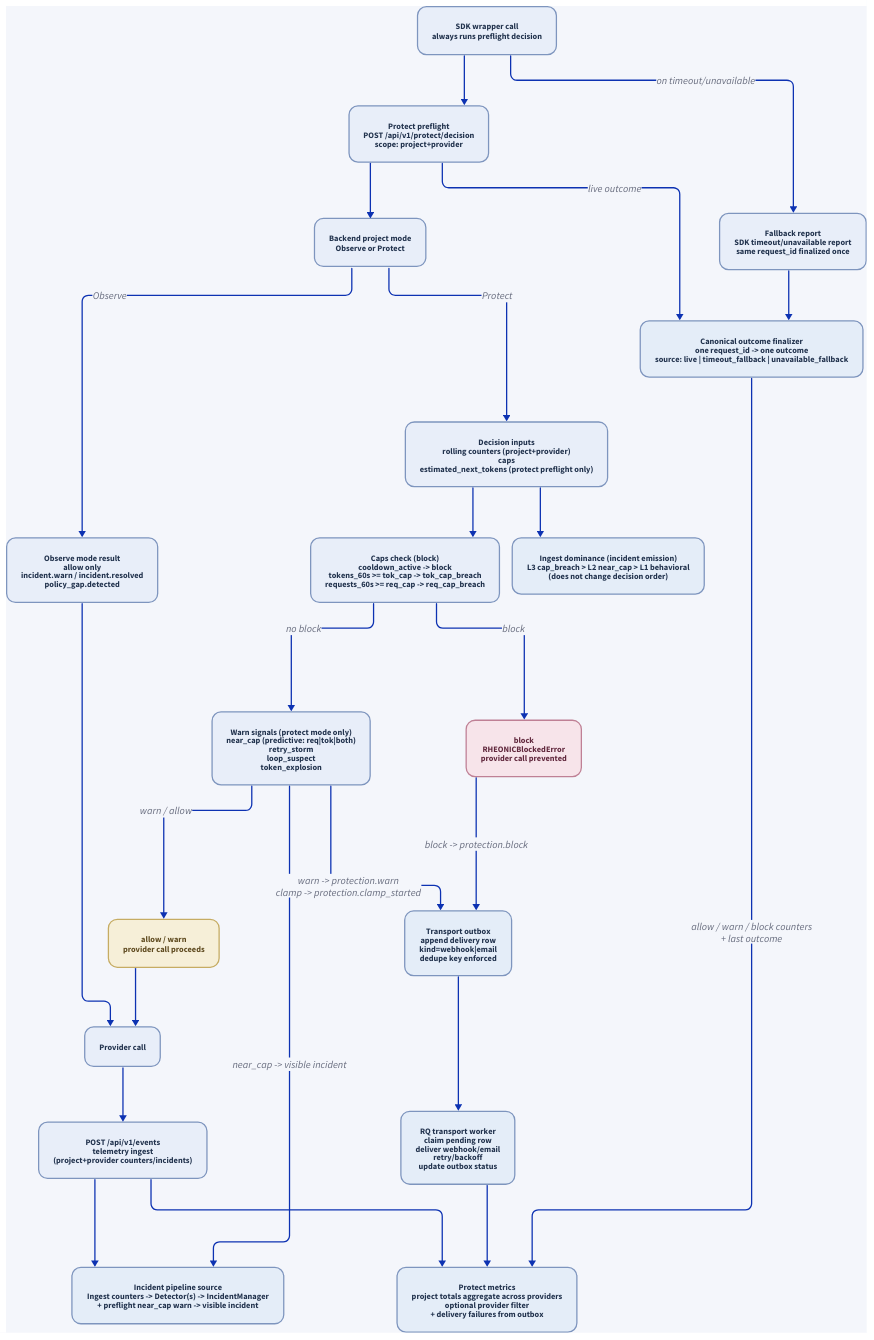
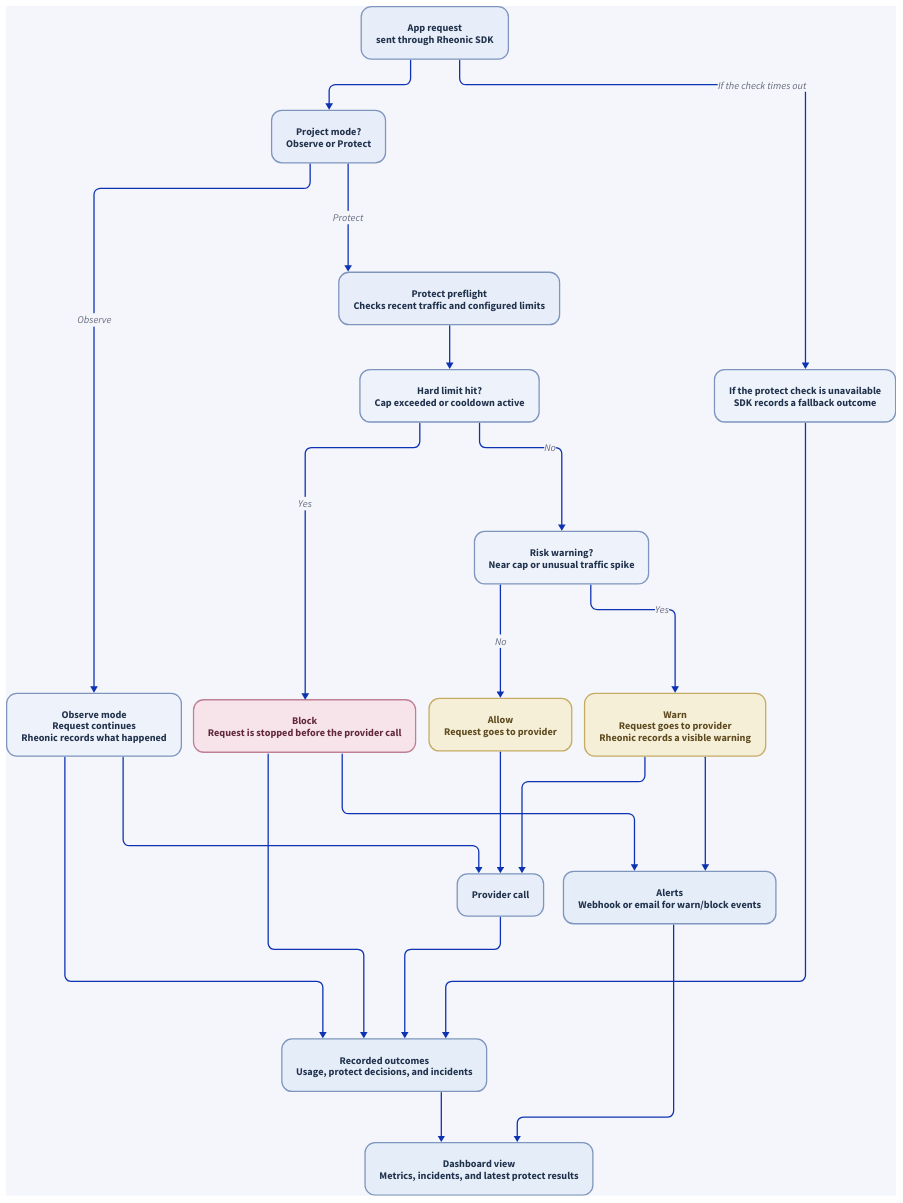
Before and after one commit to MichaelTelvin/Rheonic: the diagram in docs/architecture/protect_decision_flow.d2, drawn with D2. The commit also changed 6 other files, not shown here.

Commit message:
public docs and charts fixes

```diff
--- a/docs/architecture/protect_decision_flow.d2
+++ b/docs/architecture/protect_decision_flow.d2
@@ -2,7 +2,7 @@
 
 vars: {
   d2-config: {
-    pad: 20
+    pad: 28
     sketch: false
     layout-engine: elk
   }
@@ -12,113 +12,93 @@
   fill: "#f4f6fb"
 }
 
-sdk_call: "SDK wrapper call\nalways runs preflight decision" {
+app_call: "App request\nsent through Rheonic SDK" {
   style: {
     fill: "#e8eef9"
     stroke: "#7e95be"
     font-color: "#21324d"
-    border-radius: 14
-    font-size: 13
+    border-radius: 16
+    font-size: 16
   }
 }
 
-mode_gate: "Backend project mode\nObserve or Protect" {
+mode_gate: "Project mode?\nObserve or Protect" {
   style: {
     fill: "#e8eef9"
     stroke: "#7e95be"
     font-color: "#21324d"
-    border-radius: 14
-    font-size: 13
+    border-radius: 16
+    font-size: 16
   }
 }
 
-preflight: "Protect preflight\nPOST /api/v1/protect/decision\nscope: project+provider" {
+observe: "Observe mode\nRequest continues\nRheonic records what happened" {
+  style: {
+    fill: "#eef3fb"
+    stroke: "#7e95be"
+    font-color: "#21324d"
+    border-radius: 16
+    font-size: 16
+  }
+}
+
+preflight: "Protect preflight\nChecks recent traffic and configured limits" {
   style: {
     fill: "#e8eef9"
     stroke: "#7e95be"
     font-color: "#21324d"
-    border-radius: 14
-    font-size: 13
+    border-radius: 16
+    font-size: 16
   }
 }
 
-inputs: "Decision inputs\nrolling counters (project+provider)\ncaps\nestimated_next_tokens (protect preflight only)" {
+hard_limit: "Hard limit hit?\nCap exceeded or cooldown active" {
   style: {
-    fill: "#e8eef9"
+    fill: "#eef3fb"
     stroke: "#7e95be"
     font-color: "#21324d"
-    border-radius: 14
-    font-size: 13
+    border-radius: 16
+    font-size: 16
   }
 }
 
-caps: "Caps check (block)\ncooldown_active -> block\ntokens_60s >= tok_cap -> tok_cap_breach\nrequests_60s >= req_cap -> req_cap_breach" {
+risk_check: "Risk warning?\nNear cap or unusual traffic spike" {
   style: {
-    fill: "#e8eef9"
+    fill: "#eef3fb"
     stroke: "#7e95be"
     font-color: "#21324d"
-    border-radius: 14
-    font-size: 13
+    border-radius: 16
+    font-size: 16
   }
 }
 
-warn_signals: "Warn signals (protect mode only)\nnear_cap (predictive: req|tok|both)\nretry_storm\nloop_suspect\ntoken_explosion" {
-  style: {
-    fill: "#e8eef9"
-    stroke: "#7e95be"
-    font-color: "#21324d"
-    border-radius: 14
-    font-size: 13
-  }
-}
-
-ingest_note: "Ingest dominance (incident emission)\nL3 cap_breach > L2 near_cap > L1 behavioral\n(does not change decision order)" {
-  style: {
-    fill: "#e4edf8"
-    stroke: "#7e95be"
-    font-color: "#21324d"
-    border-radius: 14
-    font-size: 13
-  }
-}
-
-allow_warn: "allow / warn\nprovider call proceeds" {
+allow: "Allow\nRequest goes to provider" {
   style: {
     fill: "#f6efd8"
     stroke: "#c6ac63"
     font-color: "#5e4a1f"
-    border-radius: 14
-    font-size: 13
+    border-radius: 16
+    font-size: 16
   }
 }
 
-block: "block\nRHEONICBlockedError\nprovider call prevented" {
+warn: "Warn\nRequest goes to provider\nRheonic records a visible warning" {
+  style: {
+    fill: "#f6efd8"
+    stroke: "#c6ac63"
+    font-color: "#5e4a1f"
+    border-radius: 16
+    font-size: 16
+  }
+}
+
+block: "Block\nRequest is stopped before the provider call" {
   style: {
     fill: "#f7e4ea"
     stroke: "#bf8095"
     font-color: "#61283d"
-    border-radius: 14
-    font-size: 13
-  }
-}
-
-transport_outbox: "Transport outbox\nappend delivery row\nkind=webhook|email\ndedupe key enforced" {
-  style: {
-    fill: "#e4edf8"
-    stroke: "#7e95be"
-    font-color: "#21324d"
-    border-radius: 14
-    font-size: 13
-  }
-}
-
-transport_worker: "RQ transport worker\nclaim pending row\ndeliver webhook/email\nretry/backoff\nupdate outbox status" {
-  style: {
-    fill: "#e4edf8"
-    stroke: "#7e95be"
-    font-color: "#21324d"
-    border-radius: 14
-    font-size: 13
+    border-radius: 16
+    font-size: 16
   }
 }
 
@@ -127,90 +107,68 @@
     fill: "#e8eef9"
     stroke: "#7e95be"
     font-color: "#21324d"
-    border-radius: 14
-    font-size: 13
+    border-radius: 16
+    font-size: 16
   }
 }
 
-ingest: "POST /api/v1/events\ntelemetry ingest\n(project+provider counters/incidents)" {
-  style: {
-    fill: "#e8eef9"
-    stroke: "#7e95be"
-    font-color: "#21324d"
-    border-radius: 14
-    font-size: 13
-  }
-}
-
-incident_pipeline: "Incident pipeline source\nIngest counters -> Detector(s) -> IncidentManager\n+ preflight near_cap warn -> visible incident" {
+alerts: "Alerts\nWebhook or email for warn/block events" {
   style: {
     fill: "#e4edf8"
     stroke: "#7e95be"
     font-color: "#21324d"
-    border-radius: 14
-    font-size: 13
+    border-radius: 16
+    font-size: 16
   }
 }
 
-metrics: "Protect metrics\nproject totals aggregate across providers\noptional provider filter\n+ delivery failures from outbox" {
+recording: "Recorded outcomes\nUsage, protect decisions, and incidents" {
   style: {
     fill: "#e4edf8"
     stroke: "#7e95be"
     font-color: "#21324d"
-    border-radius: 14
-    font-size: 13
+    border-radius: 16
+    font-size: 16
   }
 }
 
-finalizer: "Canonical outcome finalizer\none request_id -> one outcome\nsource: live | timeout_fallback | unavailable_fallback" {
+fallback: "If the protect check is unavailable\nSDK records a fallback outcome" {
+  style: {
+    fill: "#eef3fb"
+    stroke: "#7e95be"
+    font-color: "#21324d"
+    border-radius: 16
+    font-size: 16
+  }
+}
+
+dashboard: "Dashboard view\nMetrics, incidents, and latest protect results" {
   style: {
     fill: "#e4edf8"
     stroke: "#7e95be"
     font-color: "#21324d"
-    border-radius: 14
-    font-size: 13
+    border-radius: 16
+    font-size: 16
   }
 }
 
-fallback_report: "Fallback report\nSDK timeout/unavailable report\nsame request_id finalized once" {
-  style: {
-    fill: "#e8eef9"
-    stroke: "#7e95be"
-    font-color: "#21324d"
-    border-radius: 14
-    font-size: 13
-  }
-}
-
-sdk_call -> preflight
-preflight -> mode_gate
+app_call -> mode_gate
 mode_gate -> observe: "Observe"
-mode_gate -> inputs: "Protect"
+mode_gate -> preflight: "Protect"
 observe -> provider
-inputs -> caps
-inputs -> ingest_note
-caps -> block: "block"
-caps -> warn_signals: "no block"
-warn_signals -> allow_warn: "warn / allow"
-warn_signals -> transport_outbox: "warn -> protection.warn\nclamp -> protection.clamp_started"
-warn_signals -> incident_pipeline: "near_cap -> visible incident"
-block -> transport_outbox: "block -> protection.block"
-allow_warn -> provider
-preflight -> finalizer: "live outcome"
-sdk_call -> fallback_report: "on timeout/unavailable"
-fallback_report -> finalizer
-provider -> ingest
-transport_outbox -> transport_worker
-transport_worker -> metrics
-ingest -> incident_pipeline
-ingest -> metrics
-finalizer -> metrics: "allow / warn / block counters\n+ last outcome"
-observe: "Observe mode result\nallow only\nincident.warn / incident.resolved\npolicy_gap.detected" {
-  style: {
-    fill: "#e8eef9"
-    stroke: "#7e95be"
-    font-color: "#21324d"
-    border-radius: 14
-    font-size: 13
-  }
-}
+preflight -> hard_limit
+hard_limit -> block: "Yes"
+hard_limit -> risk_check: "No"
+risk_check -> warn: "Yes"
+risk_check -> allow: "No"
+allow -> provider
+warn -> provider
+warn -> alerts
+block -> alerts
+provider -> recording
+observe -> recording
+block -> recording
+app_call -> fallback: "If the check times out"
+fallback -> recording
+recording -> dashboard
+alerts -> dashboard
```
